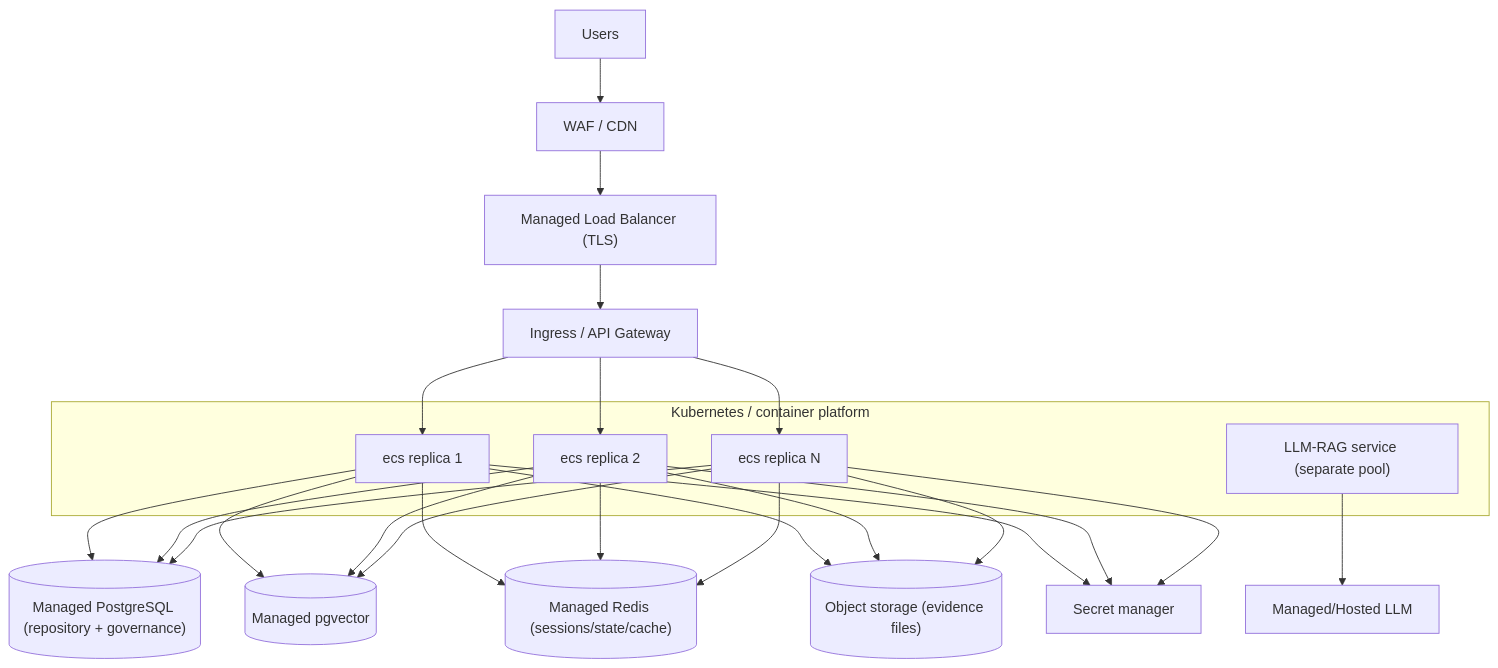
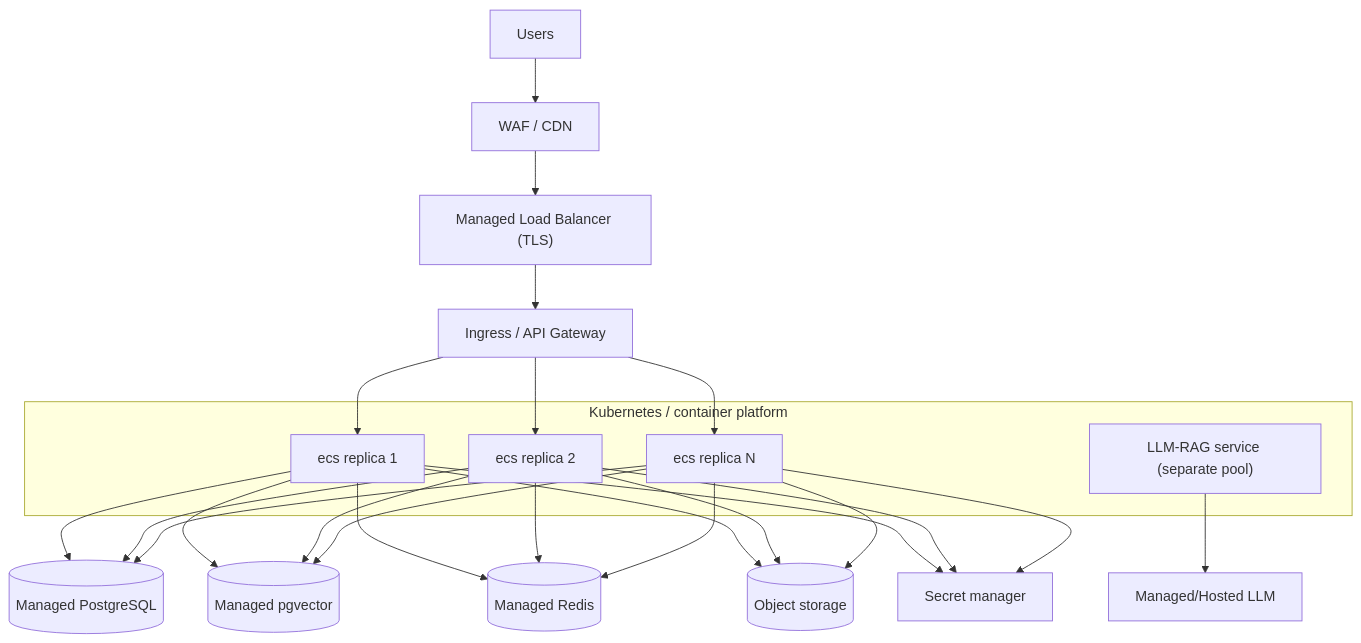
One commit to ECS-Platform/ecs-enterprise-backup changed the fifth of 7 diagrams in docs/02-architecture/architecture/ecs_deployment_architecture.md. Above: the diagram before and after it, drawn with Mermaid. The commit also changed other lines of this file and 25 other files, not shown here.

Commit message:
docs: complete Phase-1 architecture documentation

````diff
--- a/docs/02-architecture/architecture/ecs_deployment_architecture.md
+++ b/docs/02-architecture/architecture/ecs_deployment_architecture.md
@@ -143,19 +228,19 @@
 ```mermaid
 graph TD
   Users --> WAF["WAF / CDN"]
   WAF --> LB["Managed Load Balancer (TLS)"]
   LB --> ING["Ingress / API Gateway"]
   subgraph K8s["Kubernetes / container platform"]
     ECS1["ecs replica 1"]
     ECS2["ecs replica 2"]
     ECSn["ecs replica N"]
     RAGSVC["LLM-RAG service (separate pool)"]
   end
   ING --> ECS1 & ECS2 & ECSn
-  ECS1 & ECS2 & ECSn --> PG[("Managed PostgreSQL (repository + governance)")]
+  ECS1 & ECS2 & ECSn --> PG[("Managed PostgreSQL")]
   ECS1 & ECS2 & ECSn --> PGV[("Managed pgvector")]
-  ECS1 & ECS2 & ECSn --> CACHE[("Managed Redis (sessions/state/cache)")]
-  ECS1 & ECS2 & ECSn --> OBJ[("Object storage (evidence files)")]
+  ECS1 & ECS2 & ECSn --> CACHE[("Managed Redis")]
+  ECS1 & ECS2 & ECSn --> OBJ[("Object storage")]
   ECS1 & ECS2 & ECSn --> SM["Secret manager"]
   RAGSVC --> LLM["Managed/Hosted LLM"]
 ```
````
